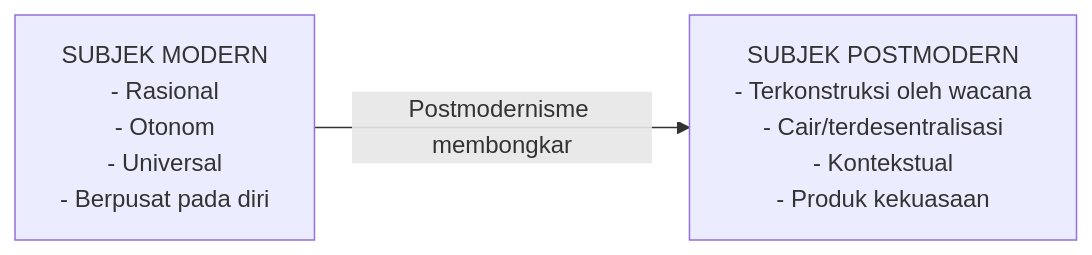
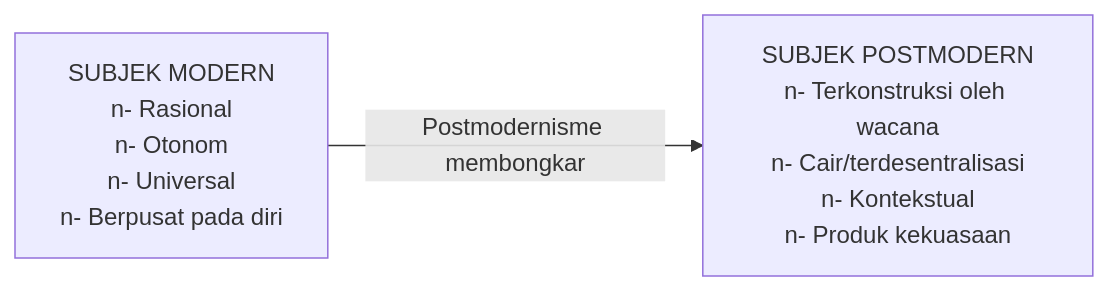
One commit to hifdzimaulana/beate-vivere changed the ninth of 10 diagrams in content/Lectures/filsafat-hukum-postmidterm.md. Above: the diagram before and after it, drawn with Mermaid. The commit also changed other lines of this file, not shown here.

````diff
--- a/content/Lectures/filsafat-hukum-postmidterm.md
+++ b/content/Lectures/filsafat-hukum-postmidterm.md
@@ -818,6 +840,6 @@
 ```mermaid
 graph LR
-    A["SUBJEK MODERN\n- Rasional\n- Otonom\n- Universal\n- Berpusat pada diri"]
-    B["SUBJEK POSTMODERN\n- Terkonstruksi oleh wacana\n- Cair/terdesentralisasi\n- Kontekstual\n- Produk kekuasaan"]
+    A["SUBJEK MODERN<br/>n- Rasional<br/>n- Otonom<br/>n- Universal<br/>n- Berpusat pada diri"]
+    B["SUBJEK POSTMODERN<br/>n- Terkonstruksi oleh wacana<br/>n- Cair/terdesentralisasi<br/>n- Kontekstual<br/>n- Produk kekuasaan"]
     A -->|"Postmodernisme membongkar"| B
 ```
````
